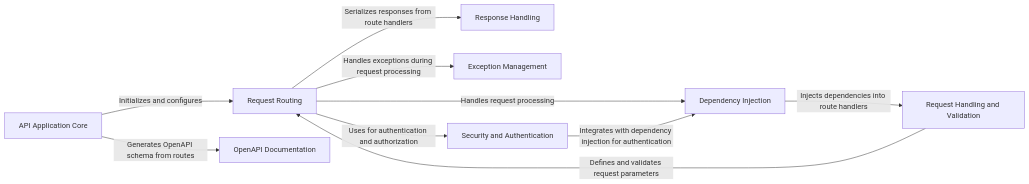
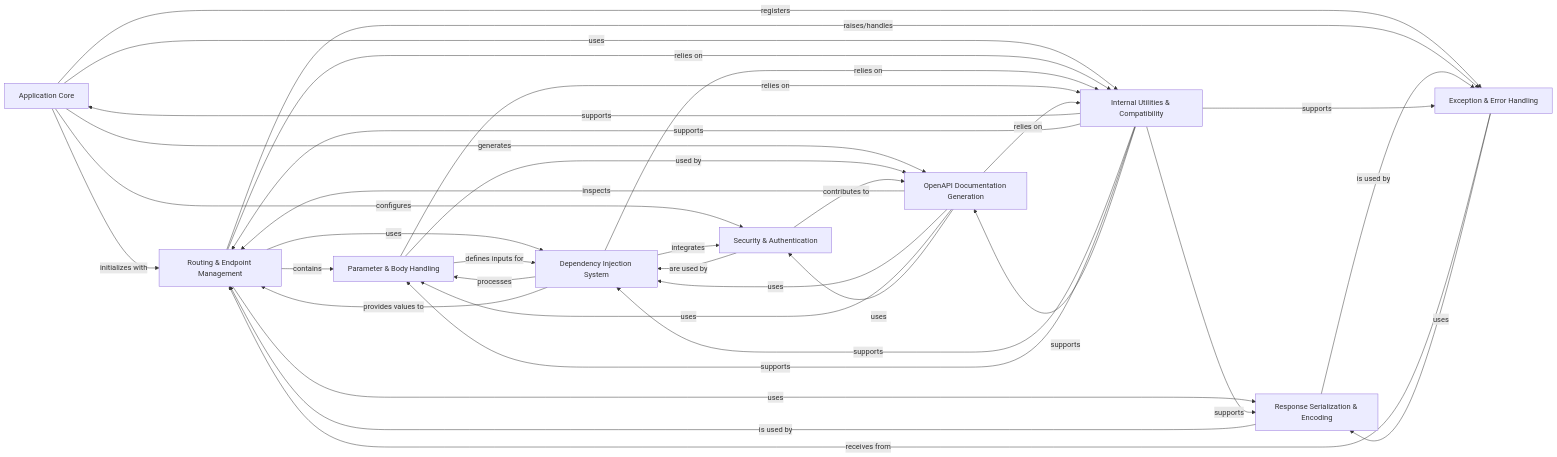
Before and after one commit to CodeBoarding/GeneratedOnBoardings: the diagram in fastapi/on_boarding.md, drawn with Mermaid. The commit also changed other lines of this file and 17 other files, not shown here.

````diff
--- a/fastapi/on_boarding.md
+++ b/fastapi/on_boarding.md
@@ -1,28 +1,56 @@
 ```mermaid
 graph LR
-    API_Application_Core["API Application Core"]
-    Request_Routing["Request Routing"]
-    Dependency_Injection["Dependency Injection"]
-    Request_Handling_and_Validation["Request Handling and Validation"]
-    Response_Handling["Response Handling"]
-    Exception_Management["Exception Management"]
-    Security_and_Authentication["Security and Authentication"]
-    OpenAPI_Documentation["OpenAPI Documentation"]
-    API_Application_Core -- "Initializes and configures" --> Request_Routing
-    Request_Routing -- "Handles request processing" --> Dependency_Injection
-    Dependency_Injection -- "Injects dependencies into route handlers" --> Request_Handling_and_Validation
-    Request_Handling_and_Validation -- "Defines and validates request parameters" --> Request_Routing
-    Request_Routing -- "Serializes responses from route handlers" --> Response_Handling
-    Request_Routing -- "Handles exceptions during request processing" --> Exception_Management
-    API_Application_Core -- "Generates OpenAPI schema from routes" --> OpenAPI_Documentation
-    Security_and_Authentication -- "Integrates with dependency injection for authentication" --> Dependency_Injection
-    Request_Routing -- "Uses for authentication and authorization" --> Security_and_Authentication
-    click API_Application_Core href "https://github.com/CodeBoarding/GeneratedOnBoardings/blob/main/fastapi/API Application Core.md" "Details"
-    click Request_Routing href "https://github.com/CodeBoarding/GeneratedOnBoardings/blob/main/fastapi/Request Routing.md" "Details"
-    click Dependency_Injection href "https://github.com/CodeBoarding/GeneratedOnBoardings/blob/main/fastapi/Dependency Injection.md" "Details"
-    click Request_Handling_and_Validation href "https://github.com/CodeBoarding/GeneratedOnBoardings/blob/main/fastapi/Request Handling and Validation.md" "Details"
-    click Response_Handling href "https://github.com/CodeBoarding/GeneratedOnBoardings/blob/main/fastapi/Response Handling.md" "Details"
-    click Exception_Management href "https://github.com/CodeBoarding/GeneratedOnBoardings/blob/main/fastapi/Exception Management.md" "Details"
-    click Security_and_Authentication href "https://github.com/CodeBoarding/GeneratedOnBoardings/blob/main/fastapi/Security and Authentication.md" "Details"
-    click OpenAPI_Documentation href "https://github.com/CodeBoarding/GeneratedOnBoardings/blob/main/fastapi/OpenAPI Documentation.md" "Details"
+    Application_Core["Application Core"]
+    Routing_Endpoint_Management["Routing & Endpoint Management"]
+    Dependency_Injection_System["Dependency Injection System"]
+    Parameter_Body_Handling["Parameter & Body Handling"]
+    Security_Authentication["Security & Authentication"]
+    OpenAPI_Documentation_Generation["OpenAPI Documentation Generation"]
+    Response_Serialization_Encoding["Response Serialization & Encoding"]
+    Exception_Error_Handling["Exception & Error Handling"]
+    Internal_Utilities_Compatibility["Internal Utilities & Compatibility"]
+    Application_Core -- "initializes with" --> Routing_Endpoint_Management
+    Application_Core -- "generates" --> OpenAPI_Documentation_Generation
+    Application_Core -- "registers" --> Exception_Error_Handling
+    Application_Core -- "configures" --> Security_Authentication
+    Application_Core -- "uses" --> Internal_Utilities_Compatibility
+    Routing_Endpoint_Management -- "contains" --> Parameter_Body_Handling
+    Routing_Endpoint_Management -- "uses" --> Dependency_Injection_System
+    Routing_Endpoint_Management -- "uses" --> Response_Serialization_Encoding
+    Routing_Endpoint_Management -- "raises/handles" --> Exception_Error_Handling
+    Routing_Endpoint_Management -- "relies on" --> Internal_Utilities_Compatibility
+    Dependency_Injection_System -- "processes" --> Parameter_Body_Handling
+    Dependency_Injection_System -- "integrates" --> Security_Authentication
+    Dependency_Injection_System -- "provides values to" --> Routing_Endpoint_Management
+    Dependency_Injection_System -- "relies on" --> Internal_Utilities_Compatibility
+    Parameter_Body_Handling -- "defines inputs for" --> Dependency_Injection_System
+    Parameter_Body_Handling -- "used by" --> OpenAPI_Documentation_Generation
+    Parameter_Body_Handling -- "relies on" --> Internal_Utilities_Compatibility
+    Security_Authentication -- "are used by" --> Dependency_Injection_System
+    Security_Authentication -- "contributes to" --> OpenAPI_Documentation_Generation
+    OpenAPI_Documentation_Generation -- "inspects" --> Routing_Endpoint_Management
+    OpenAPI_Documentation_Generation -- "uses" --> Dependency_Injection_System
+    OpenAPI_Documentation_Generation -- "uses" --> Parameter_Body_Handling
+    OpenAPI_Documentation_Generation -- "uses" --> Security_Authentication
+    OpenAPI_Documentation_Generation -- "relies on" --> Internal_Utilities_Compatibility
+    Response_Serialization_Encoding -- "is used by" --> Routing_Endpoint_Management
+    Response_Serialization_Encoding -- "is used by" --> Exception_Error_Handling
+    Exception_Error_Handling -- "receives from" --> Routing_Endpoint_Management
+    Exception_Error_Handling -- "uses" --> Response_Serialization_Encoding
+    Internal_Utilities_Compatibility -- "supports" --> Application_Core
+    Internal_Utilities_Compatibility -- "supports" --> Routing_Endpoint_Management
+    Internal_Utilities_Compatibility -- "supports" --> Dependency_Injection_System
+    Internal_Utilities_Compatibility -- "supports" --> Parameter_Body_Handling
+    Internal_Utilities_Compatibility -- "supports" --> OpenAPI_Documentation_Generation
+    Internal_Utilities_Compatibility -- "supports" --> Response_Serialization_Encoding
+    Internal_Utilities_Compatibility -- "supports" --> Exception_Error_Handling
+    click Application_Core href "https://github.com/CodeBoarding/GeneratedOnBoardings/blob/main/fastapi/Application Core.md" "Details"
+    click Routing_Endpoint_Management href "https://github.com/CodeBoarding/GeneratedOnBoardings/blob/main/fastapi/Routing & Endpoint Management.md" "Details"
+    click Dependency_Injection_System href "https://github.com/CodeBoarding/GeneratedOnBoardings/blob/main/fastapi/Dependency Injection System.md" "Details"
+    click Parameter_Body_Handling href "https://github.com/CodeBoarding/GeneratedOnBoardings/blob/main/fastapi/Parameter & Body Handling.md" "Details"
+    click Security_Authentication href "https://github.com/CodeBoarding/GeneratedOnBoardings/blob/main/fastapi/Security & Authentication.md" "Details"
+    click OpenAPI_Documentation_Generation href "https://github.com/CodeBoarding/GeneratedOnBoardings/blob/main/fastapi/OpenAPI Documentation Generation.md" "Details"
+    click Response_Serialization_Encoding href "https://github.com/CodeBoarding/GeneratedOnBoardings/blob/main/fastapi/Response Serialization & Encoding.md" "Details"
+    click Exception_Error_Handling href "https://github.com/CodeBoarding/GeneratedOnBoardings/blob/main/fastapi/Exception & Error Handling.md" "Details"
+    click Internal_Utilities_Compatibility href "https://github.com/CodeBoarding/GeneratedOnBoardings/blob/main/fastapi/Internal Utilities & Compatibility.md" "Details"
 ```
````
